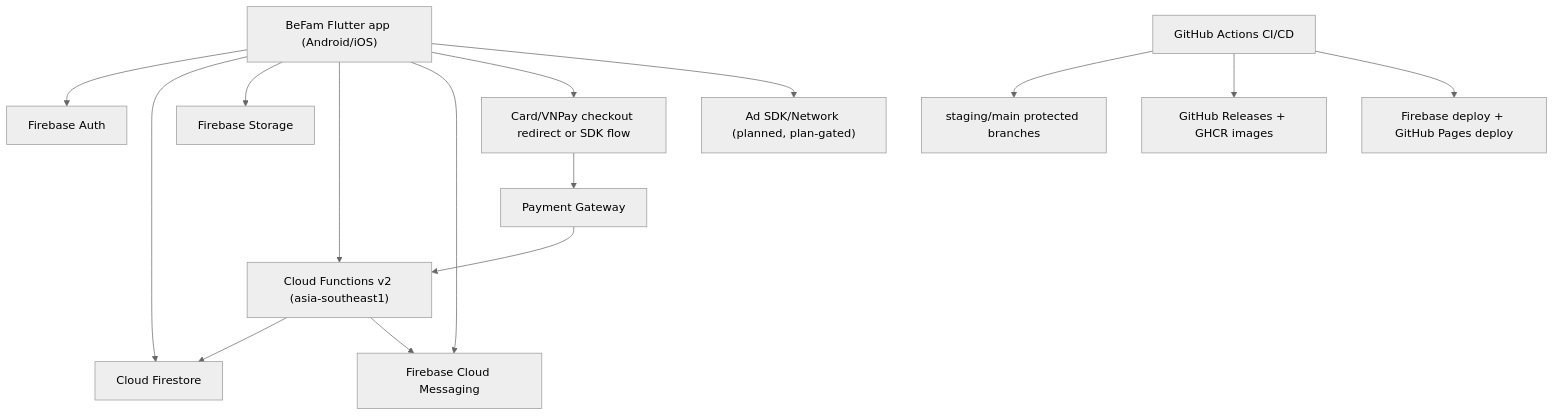
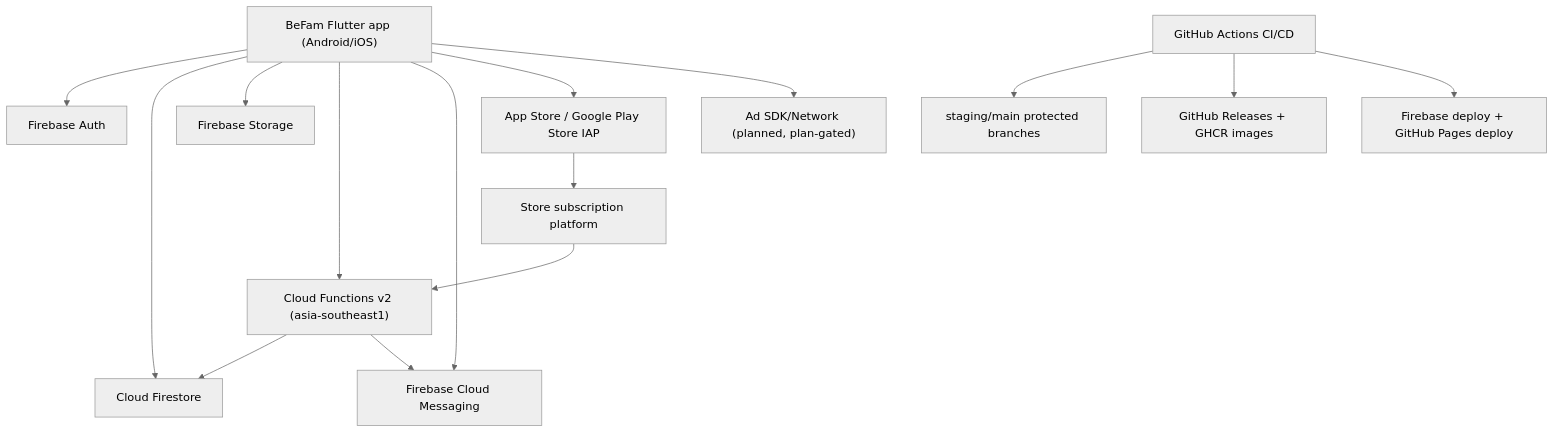
Before and after one commit to phamhungptithcm/gia-pha: the diagram in docs/en/02-architecture/system-design.md, drawn with Mermaid (neutral theme). The commit also changed other lines of this file and 283 other files, not shown here.

````diff
--- a/docs/en/02-architecture/system-design.md
+++ b/docs/en/02-architecture/system-design.md
@@ -7,17 +7,17 @@
 ```mermaid
 flowchart TD
     A["BeFam Flutter app (Android/iOS)"] --> B["Firebase Auth"]
     A --> C["Cloud Firestore"]
     A --> D["Firebase Storage"]
     A --> E["Cloud Functions v2 (asia-southeast1)"]
     A --> F["Firebase Cloud Messaging"]
-    A --> K["Card/VNPay checkout redirect or SDK flow"]
+    A --> K["App Store / Google Play Store IAP"]
     A --> M["Ad SDK/Network (planned, plan-gated)"]
     E --> C
     E --> F
-    K --> L["Payment Gateway"]
+    K --> L["Store subscription platform"]
     L --> E
     G["GitHub Actions CI/CD"] --> H["staging/main protected branches"]
     G --> I["GitHub Releases + GHCR images"]
     G --> J["Firebase deploy + GitHub Pages deploy"]
 ```
````
